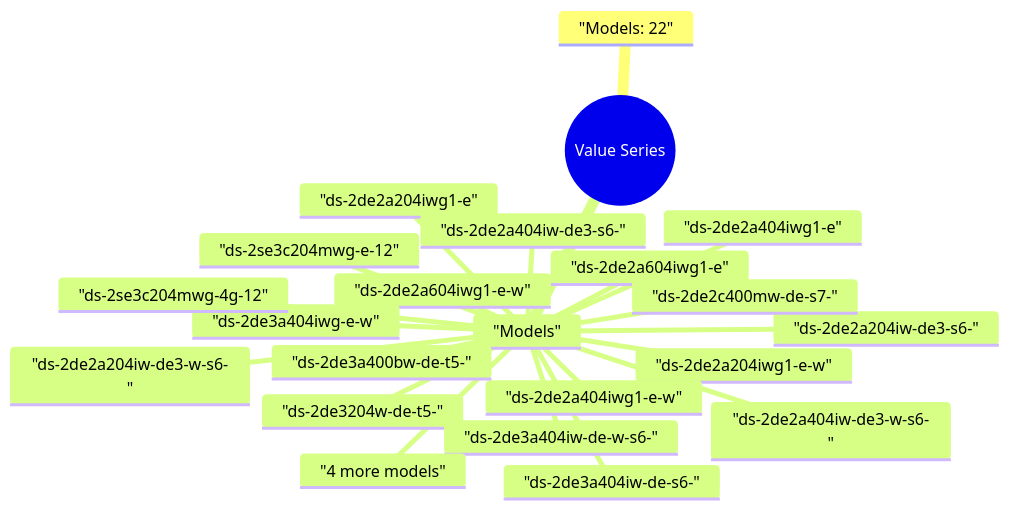
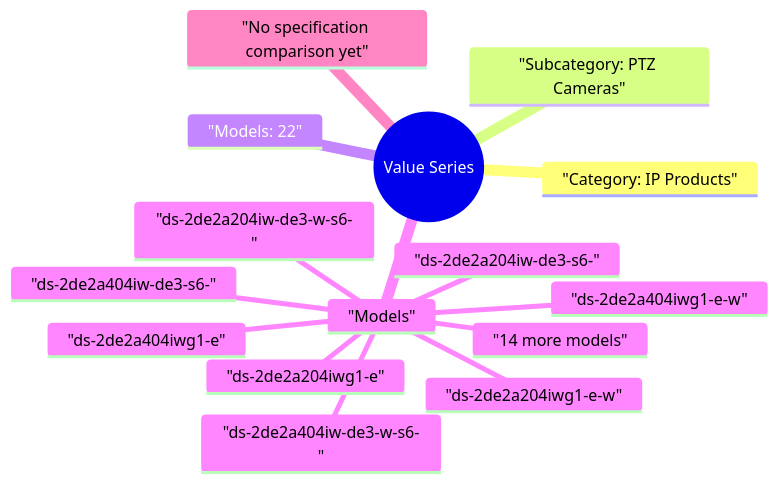
The diagram in site/mindmaps/en-ip-products-ptz-cameras-value-series.mmd (123321step/hikvision-product-map), drawn with Mermaid before and after one commit. The commit also changed 647 other files, not shown here.

Commit message:
Rework mindmaps around product series differences

```diff
--- a/site/mindmaps/en-ip-products-ptz-cameras-value-series.mmd
+++ b/site/mindmaps/en-ip-products-ptz-cameras-value-series.mmd
@@ -1,23 +1,16 @@
 mindmap
   root(("Value Series"))
+    "Category: IP Products"
+    "Subcategory: PTZ Cameras"
     "Models: 22"
     "Models"
       "ds-2de2a204iw-de3-s6-"
       "ds-2de2a204iw-de3-w-s6-"
       "ds-2de2a204iwg1-e"
       "ds-2de2a204iwg1-e-w"
       "ds-2de2a404iw-de3-s6-"
       "ds-2de2a404iw-de3-w-s6-"
       "ds-2de2a404iwg1-e"
       "ds-2de2a404iwg1-e-w"
-      "ds-2de2a604iwg1-e"
-      "ds-2de2a604iwg1-e-w"
-      "ds-2de2c400mw-de-s7-"
-      "ds-2de3204w-de-t5-"
-      "ds-2de3a400bw-de-t5-"
-      "ds-2de3a404iw-de-s6-"
-      "ds-2de3a404iw-de-w-s6-"
-      "ds-2de3a404iwg-e-w"
-      "ds-2se3c204mwg-4g-12"
-      "ds-2se3c204mwg-e-12"
-      "4 more models"
+      "14 more models"
+    "No specification comparison yet"
```
